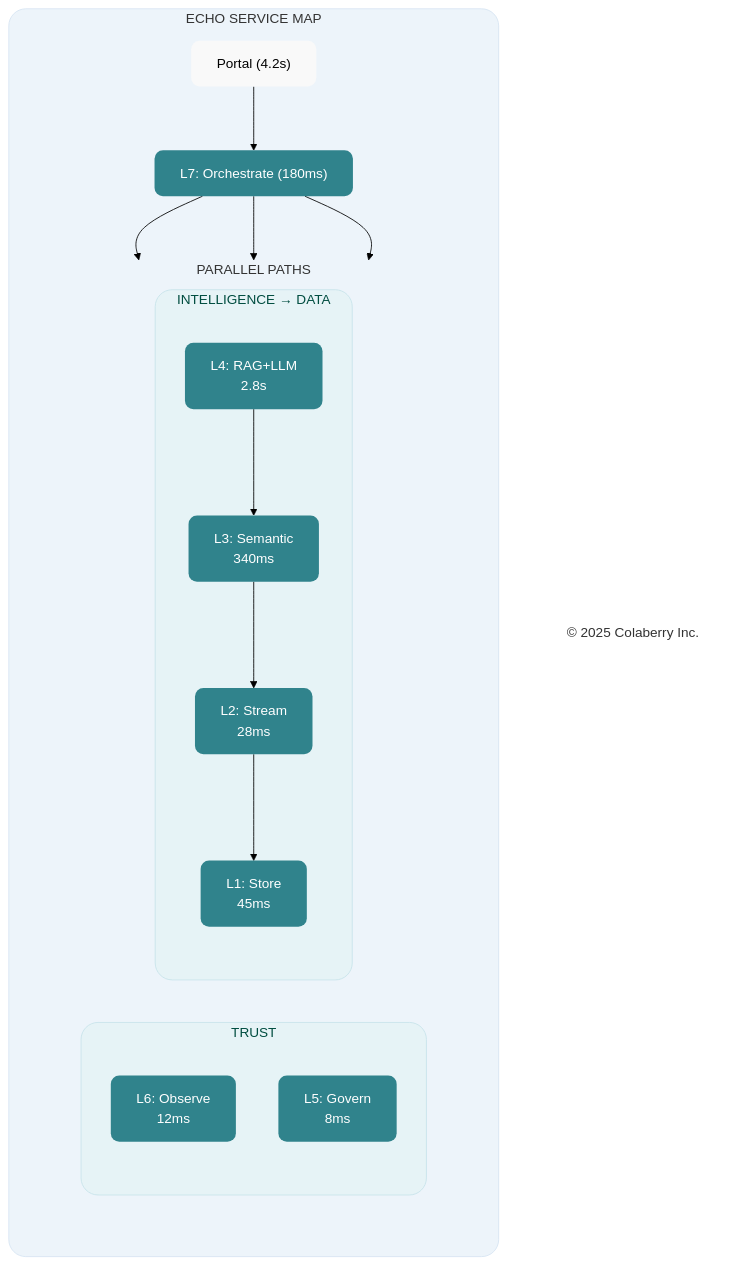
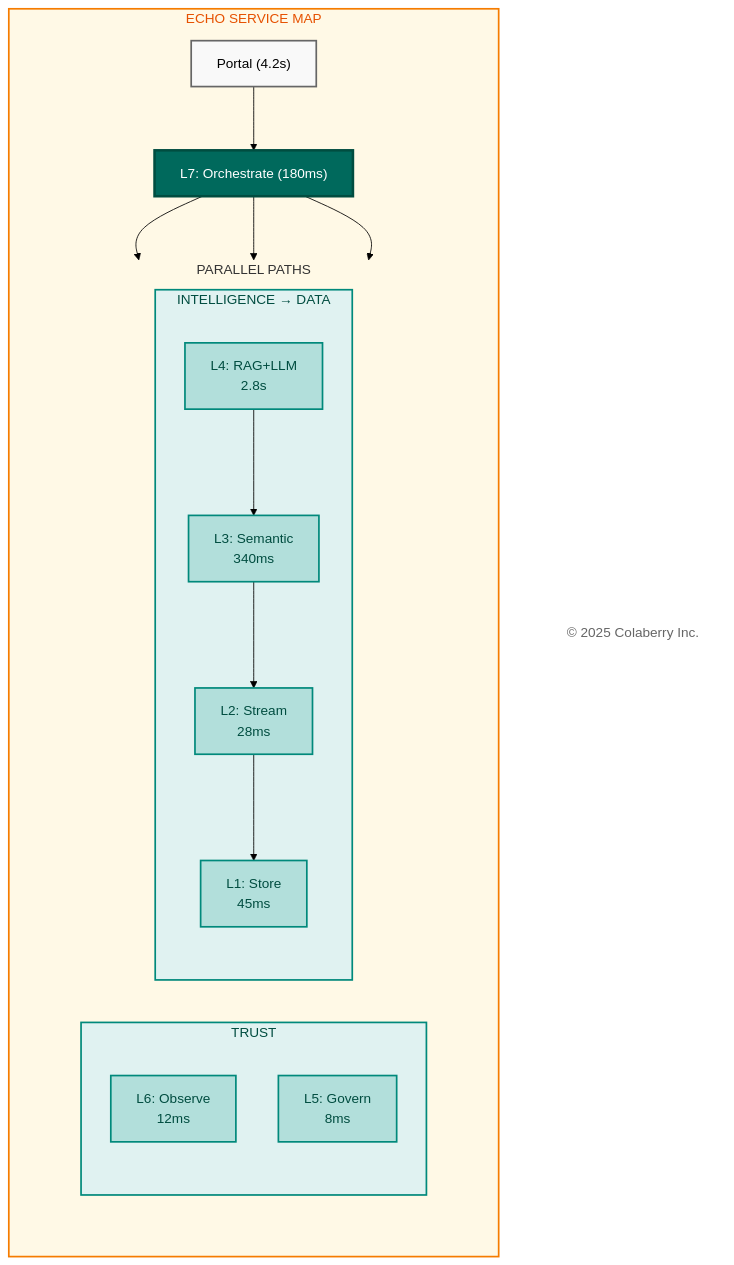
Before and after one commit to saitejesh-cyber/trust-before-intelligence-book: the eighth of 14 diagrams in manuscript/07_chapter_6_transparency_orchestration_layers.md, drawn with Mermaid (forest theme). The commit also changed other lines of this file and 12 other files, not shown here.

Commit message:
Restore legacy Mermaid styles for Option 1

````diff
--- a/manuscript/07_chapter_6_transparency_orchestration_layers.md
+++ b/manuscript/07_chapter_6_transparency_orchestration_layers.md
@@ -668,48 +664,48 @@
 ```mermaid
 
 graph TB
     subgraph ECHO["ECHO SERVICE MAP"]
         direction TB
         UI["Portal (4.2s)"]
         L7["L7: Orchestrate (180ms)"]
         
         subgraph PARALLEL["PARALLEL PATHS"]
             direction LR
             subgraph TRUST["TRUST"]
                 direction TB
                 L6["L6: Observe<br/>12ms"]
                 L5["L5: Govern<br/>8ms"]
             end
             
             subgraph INTEL["INTELLIGENCE → DATA"]
                 direction TB
                 L4["L4: RAG+LLM<br/>2.8s"]
                 L3["L3: Semantic<br/>340ms"]
                 L2["L2: Stream<br/>28ms"]
                 L1["L1: Store<br/>45ms"]
                 L4 --> L3 --> L2 --> L1
             end
         end
     end
     
     Copyright["© 2025 Colaberry Inc."]
     
     UI --> L7
     L7 --> L6
     L7 --> L5
     L7 --> L4
     
-    style ECHO fill:#edf4fa,stroke:#d6e4f2,stroke-width:1px,color:#333333,rx:20,ry:20
+    style ECHO fill:#fff9e6,stroke:#f57c00,stroke-width:2px,color:#e65100
     style PARALLEL fill:none,stroke:none
-    style TRUST fill:#e6f3f6,stroke:#c7e3ea,stroke-width:1px,color:#004d40,rx:20,ry:20
-    style INTEL fill:#e6f3f6,stroke:#c7e3ea,stroke-width:1px,color:#004d40,rx:20,ry:20
-    style UI fill:#f9f9f9,stroke:none,color:#000000,rx:10,ry:10
-    style L7 fill:#30838C,stroke:none,color:#ffffff,rx:10,ry:10
-    style L6 fill:#30838C,stroke:none,color:#ffffff,rx:10,ry:10
-    style L5 fill:#30838C,stroke:none,color:#ffffff,rx:10,ry:10
-    style L4 fill:#30838C,stroke:none,color:#ffffff,rx:10,ry:10
-    style L3 fill:#30838C,stroke:none,color:#ffffff,rx:10,ry:10
-    style L2 fill:#30838C,stroke:none,color:#ffffff,rx:10,ry:10
-    style L1 fill:#30838C,stroke:none,color:#ffffff,rx:10,ry:10
-    style Copyright fill:none,stroke:none,color:#333333
+    style TRUST fill:#e0f2f1,stroke:#00897b,stroke-width:2px,color:#004d40
+    style INTEL fill:#e0f2f1,stroke:#00897b,stroke-width:2px,color:#004d40
+    style UI fill:#f9f9f9,stroke:#666666,stroke-width:2px,color:#000000
+    style L7 fill:#00695c,color:#ffffff,stroke:#004d40,stroke-width:3px
+    style L6 fill:#b2dfdb,stroke:#00897b,stroke-width:2px,color:#004d40
+    style L5 fill:#b2dfdb,stroke:#00897b,stroke-width:2px,color:#004d40
+    style L4 fill:#b2dfdb,stroke:#00897b,stroke-width:2px,color:#004d40
+    style L3 fill:#b2dfdb,stroke:#00897b,stroke-width:2px,color:#004d40
+    style L2 fill:#b2dfdb,stroke:#00897b,stroke-width:2px,color:#004d40
+    style L1 fill:#b2dfdb,stroke:#00897b,stroke-width:2px,color:#004d40
+    style Copyright fill:#ffffff,stroke:none,color:#666666
 ```
````
